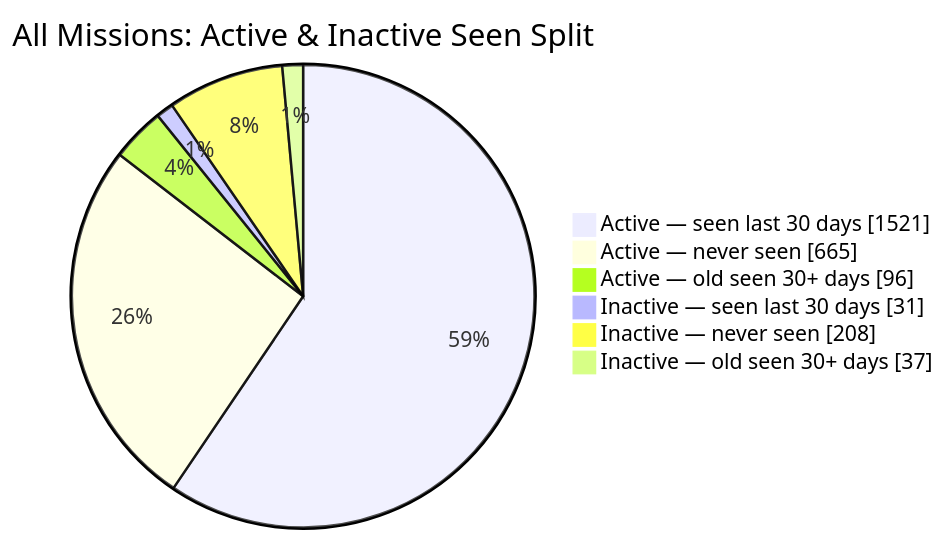
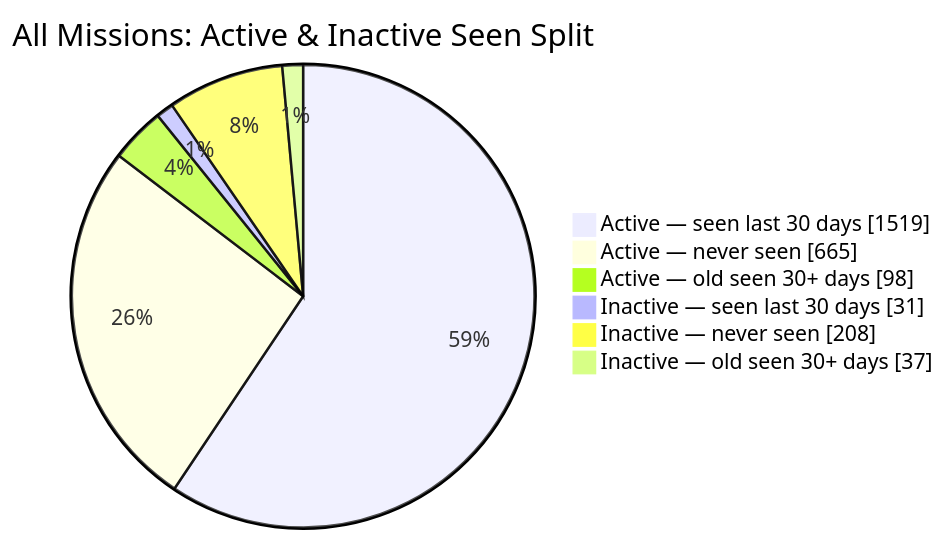
The second of 2 diagrams in README.md (MeldkamerspelGameTeam/active-missions), drawn with Mermaid before and after one commit. The commit also changed other lines of this file and 2 other files, not shown here.

````diff
--- a/README.md
+++ b/README.md
@@ -44,10 +44,10 @@
 ```mermaid
 pie showData
     title All Missions: Active & Inactive Seen Split
-    "Active — seen last 30 days" : 1521
+    "Active — seen last 30 days" : 1519
     "Active — never seen" : 665
-    "Active — old seen 30+ days" : 96
+    "Active — old seen 30+ days" : 98
     "Inactive — seen last 30 days" : 31
     "Inactive — never seen" : 208
     "Inactive — old seen 30+ days" : 37
 ```
````
